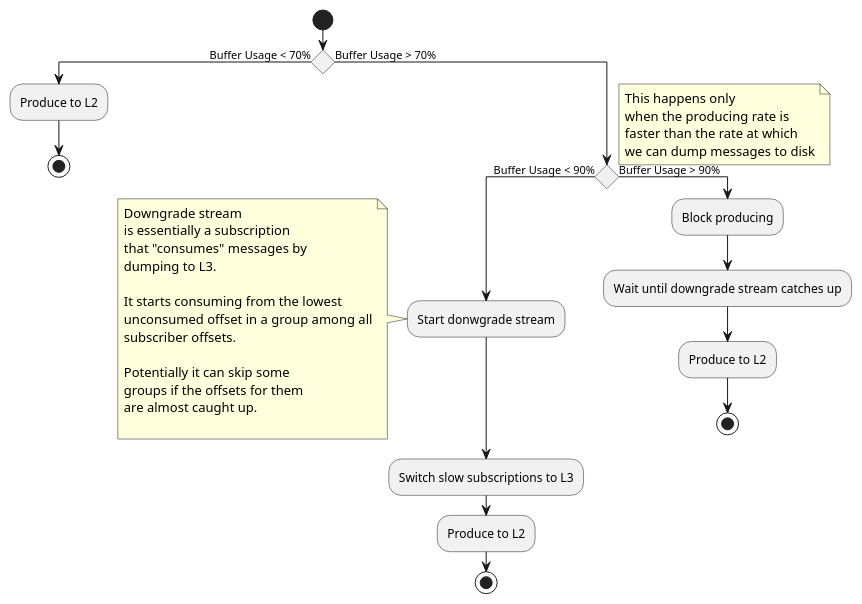
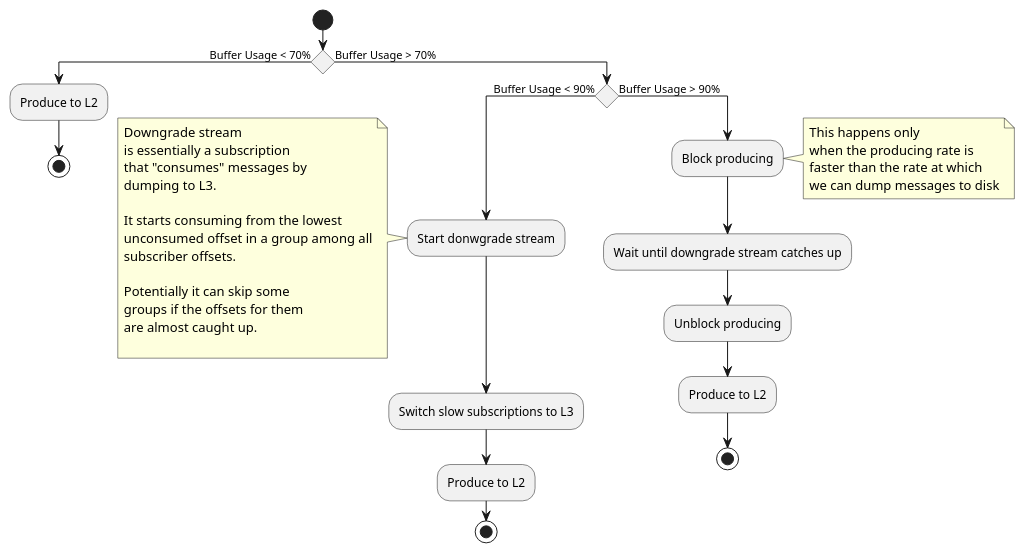
The diagram in docs/seq_diagrams/downgrade_l2_l3_act.puml (flipkart-incubator/vbroker), drawn with PlantUML before and after one commit. The commit also changed 1 other file, not shown here.

Commit message:
Tweaked seq diagrams

```diff
--- a/docs/seq_diagrams/downgrade_l2_l3_act.puml
+++ b/docs/seq_diagrams/downgrade_l2_l3_act.puml
@@ -1,40 +1,42 @@
 @startuml
 start
 
 if () then (Buffer Usage < 70%)
     :Produce to L2;
     stop
 else (Buffer Usage > 70%)
     if () then (Buffer Usage < 90%)
         :Start donwgrade stream;
         note left
            Downgrade stream
            is essentially a subscription
            that "consumes" messages by
            dumping to L3.
 
            It starts consuming from the lowest
            unconsumed offset in a group among all
            subscriber offsets.
 
            Potentially it can skip some
            groups if the offsets for them
            are almost caught up.
 
         end note
         :Switch slow subscriptions to L3;
         :Produce to L2;
         stop
     else (Buffer Usage > 90%)
-        note right
-            This happens only
-            when the producing rate is
-            faster than the rate at which
-            we can dump messages to disk
-        end note
         :Block producing;
+                note right
+                    This happens only
+                    when the producing rate is
+                    faster than the rate at which
+                    we can dump messages to disk
+                end note
+
         :Wait until downgrade stream catches up;
+        :Unblock producing;
         :Produce to L2;
         stop
 endif
 @enduml
```
